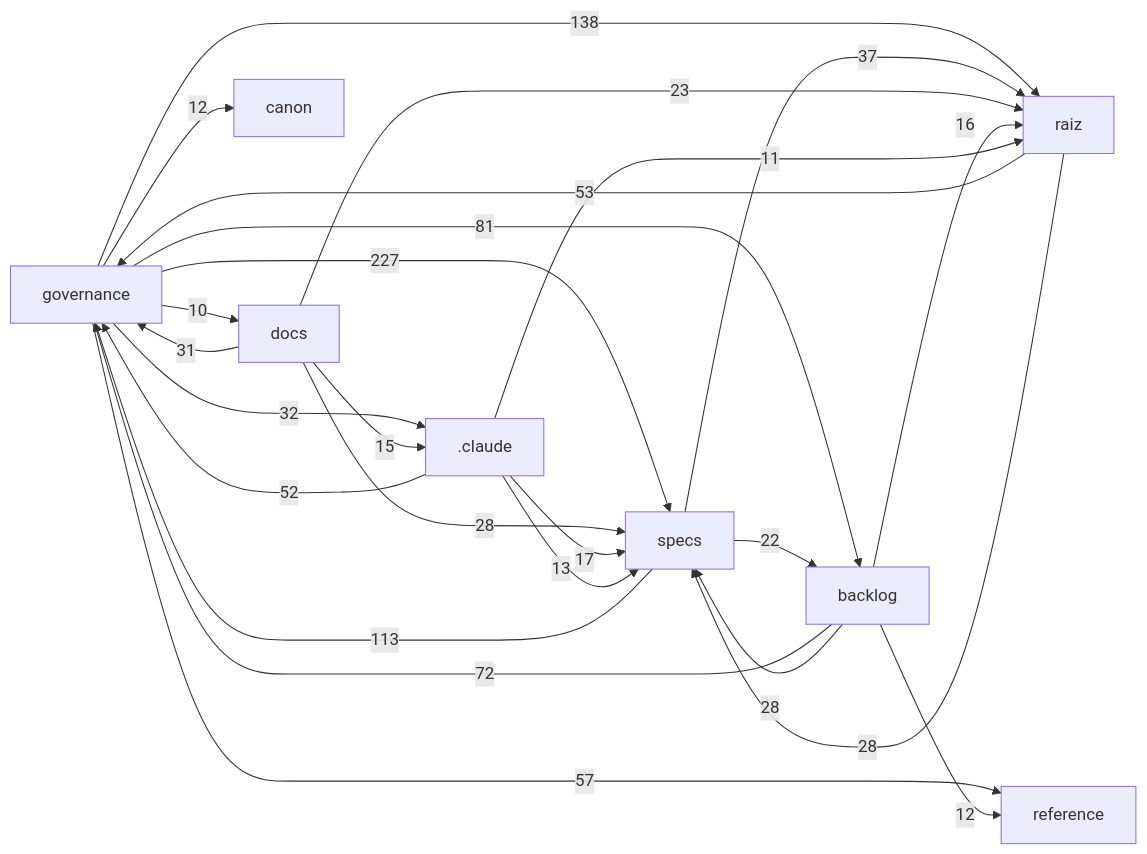
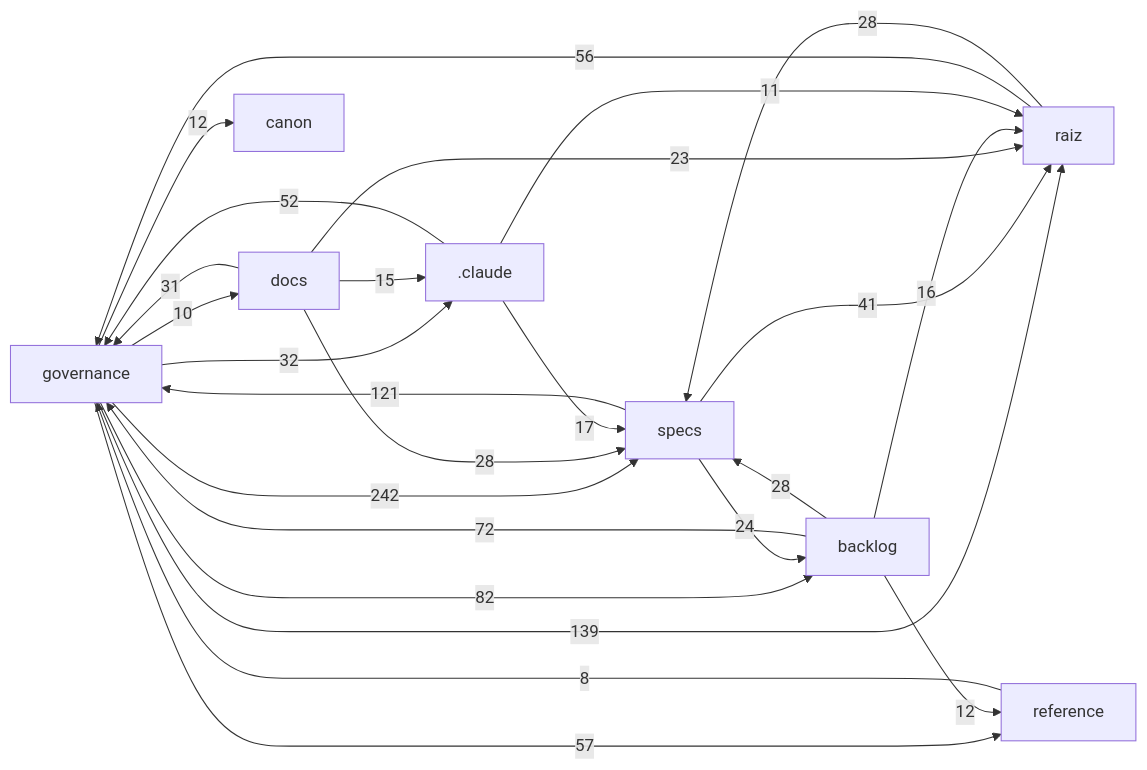
Before and after one commit to Andraus35/Sistema-Operacional-de-Trading--SOT: the diagram in docs/mapa/MAPA-PROJETO.md, drawn with Mermaid. The commit also changed other lines of this file and 1 other file, not shown here.

````diff
--- a/docs/mapa/MAPA-PROJETO.md
+++ b/docs/mapa/MAPA-PROJETO.md
@@ -29,27 +30,27 @@
 ```mermaid
 flowchart LR
-  governance["governance"] -->|227| specs["specs"]
-  governance["governance"] -->|138| raiz["raiz"]
-  specs["specs"] -->|113| governance["governance"]
-  governance["governance"] -->|81| backlog["backlog"]
+  governance["governance"] -->|242| specs["specs"]
+  governance["governance"] -->|139| raiz["raiz"]
+  specs["specs"] -->|121| governance["governance"]
+  governance["governance"] -->|82| backlog["backlog"]
   backlog["backlog"] -->|72| governance["governance"]
   governance["governance"] -->|57| reference["reference"]
-  raiz["raiz"] -->|53| governance["governance"]
+  raiz["raiz"] -->|56| governance["governance"]
   _claude[".claude"] -->|52| governance["governance"]
-  specs["specs"] -->|37| raiz["raiz"]
+  specs["specs"] -->|41| raiz["raiz"]
   governance["governance"] -->|32| _claude[".claude"]
   docs["docs"] -->|31| governance["governance"]
   raiz["raiz"] -->|28| specs["specs"]
   backlog["backlog"] -->|28| specs["specs"]
   docs["docs"] -->|28| specs["specs"]
+  specs["specs"] -->|24| backlog["backlog"]
   docs["docs"] -->|23| raiz["raiz"]
-  specs["specs"] -->|22| backlog["backlog"]
   _claude[".claude"] -->|17| specs["specs"]
   backlog["backlog"] -->|16| raiz["raiz"]
   docs["docs"] -->|15| _claude[".claude"]
-  _claude[".claude"] -->|13| specs["specs"]
   backlog["backlog"] -->|12| reference["reference"]
   governance["governance"] -->|12| canon["canon"]
   _claude[".claude"] -->|11| raiz["raiz"]
   governance["governance"] -->|10| docs["docs"]
+  reference["reference"] -->|8| governance["governance"]
 ```
````
